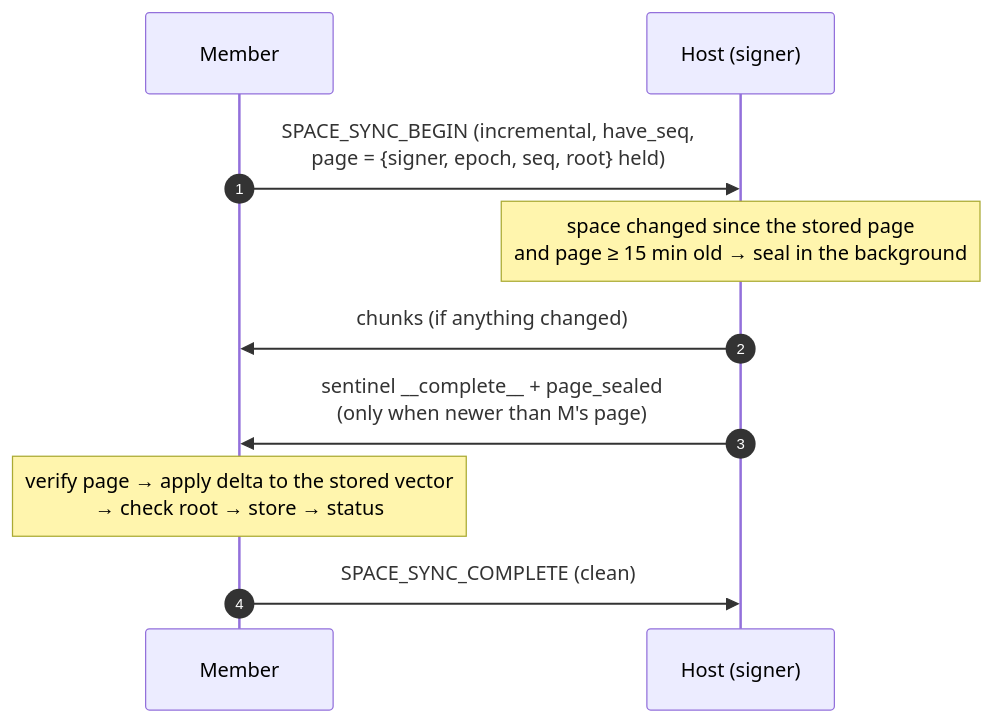
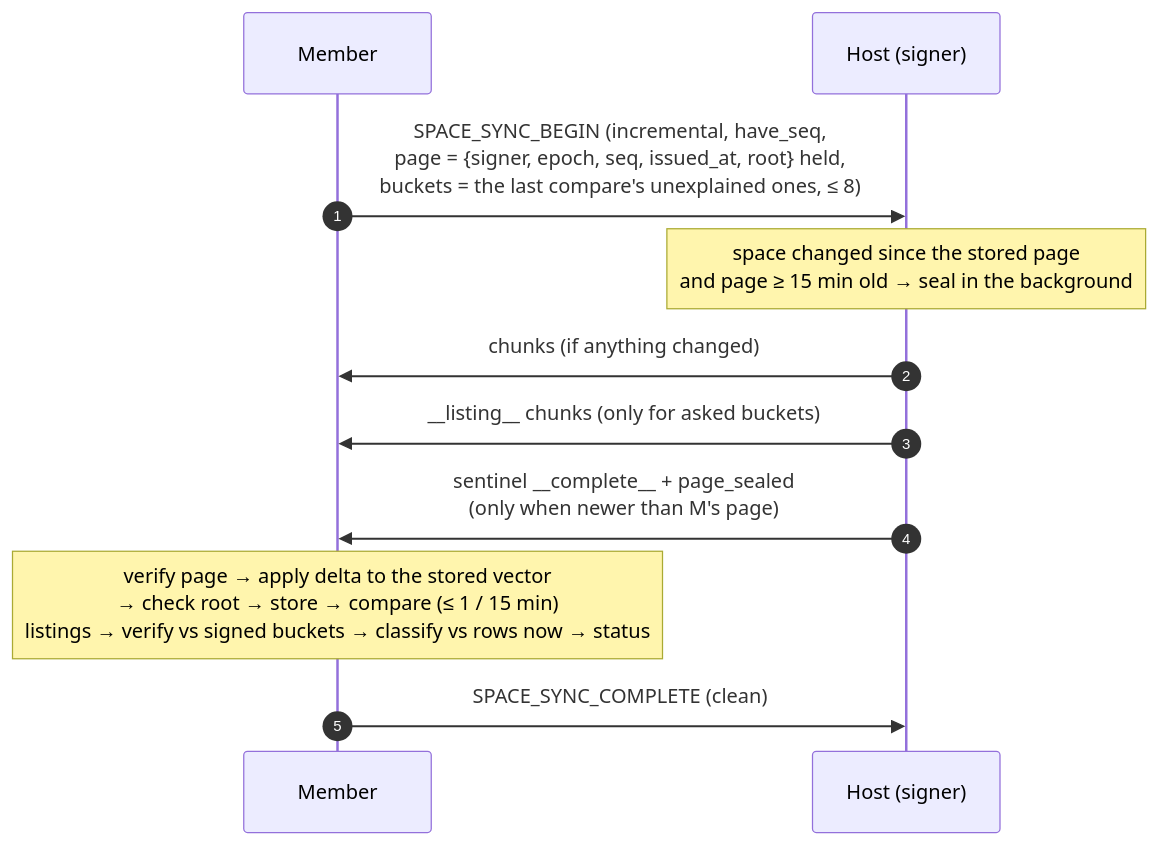
Before and after one commit to social-home-io/socialhome: the first of 2 diagrams in docs/protocol/sync-pages.md, drawn with Mermaid. The commit also changed other lines of this file and 16 other files, not shown here.

First line of the commit message:
Sync pages: the bucket listing rides the normal incremental round

````diff
--- a/docs/protocol/sync-pages.md
+++ b/docs/protocol/sync-pages.md
@@ -314,12 +315,13 @@
 ```mermaid
 sequenceDiagram
     autonumber
     participant M as Member
     participant H as Host (signer)
-    M->>H: SPACE_SYNC_BEGIN (incremental, have_seq,<br/>page = {signer, epoch, seq, root} held)
+    M->>H: SPACE_SYNC_BEGIN (incremental, have_seq,<br/>page = {signer, epoch, seq, issued_at, root} held,<br/>buckets = the last compare's unexplained ones, ≤ 8)
     Note over H: space changed since the stored page<br/>and page ≥ 15 min old → seal in the background
     H->>M: chunks (if anything changed)
+    H->>M: __listing__ chunks (only for asked buckets)
     H->>M: sentinel __complete__ + page_sealed<br/>(only when newer than M's page)
-    Note over M: verify page → apply delta to the stored vector<br/>→ check root → store → status
+    Note over M: verify page → apply delta to the stored vector<br/>→ check root → store → compare (≤ 1 / 15 min)<br/>listings → verify vs signed buckets → classify vs rows now → status
     M->>H: SPACE_SYNC_COMPLETE (clean)
 ```
````
